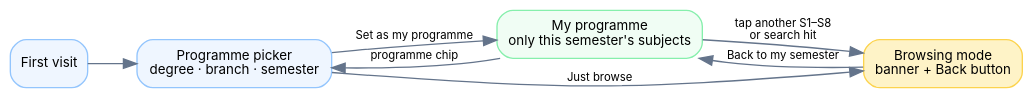
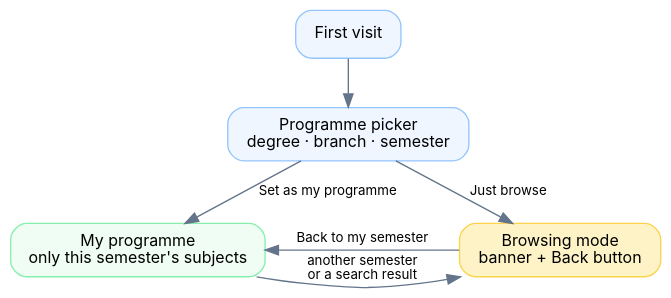
Before and after one commit to Aryan-singh19/Academy-LMS: the diagram in docs/figures/navigation.dot, drawn with Graphviz. The commit also changed 43 other files, not shown here.

First line of the commit message:
docs: reader-facing proofread of Journey and Roadmap guide; new diagrams

```diff
--- a/docs/figures/navigation.dot
+++ b/docs/figures/navigation.dot
@@ -1,5 +1,4 @@
-digraph G {
-  rankdir=LR; bgcolor="transparent"; node [shape=box, style="rounded,filled", fontname="Inter", fontsize=10, color="#93c5fd", fillcolor="#eff6ff"]; edge [fontname="Inter", fontsize=8.5, color="#64748b"];
+digraph G { rankdir=TB; nodesep=0.6; bgcolor="transparent"; node [shape=box, style="rounded,filled", fontname="Inter", fontsize=12, color="#93c5fd", fillcolor="#eff6ff", margin="0.2,0.1"]; edge [fontname="Inter", fontsize=10, color="#64748b"];
   first [label="First visit"]; pick [label="Programme picker\ndegree · branch · semester"]; mine [label="My programme\nonly this semester's subjects", fillcolor="#f0fdf4", color="#86efac"]; browse [label="Browsing mode\nbanner + Back button", fillcolor="#fef3c7", color="#fcd34d"];
-  first -> pick; pick -> mine [label="Set as my programme"]; pick -> browse [label="Just browse"]; mine -> browse [label="tap another S1–S8\nor search hit"]; browse -> mine [label="Back to my semester"]; mine -> pick [label="programme chip"];
-}
+  first -> pick; pick -> mine [label=" Set as my programme"]; pick -> browse [label=" Just browse"]; {rank=same; mine; browse}
+  mine -> browse [label=" another semester\n or a search result"]; browse -> mine [label=" Back to my semester"]; }
```
